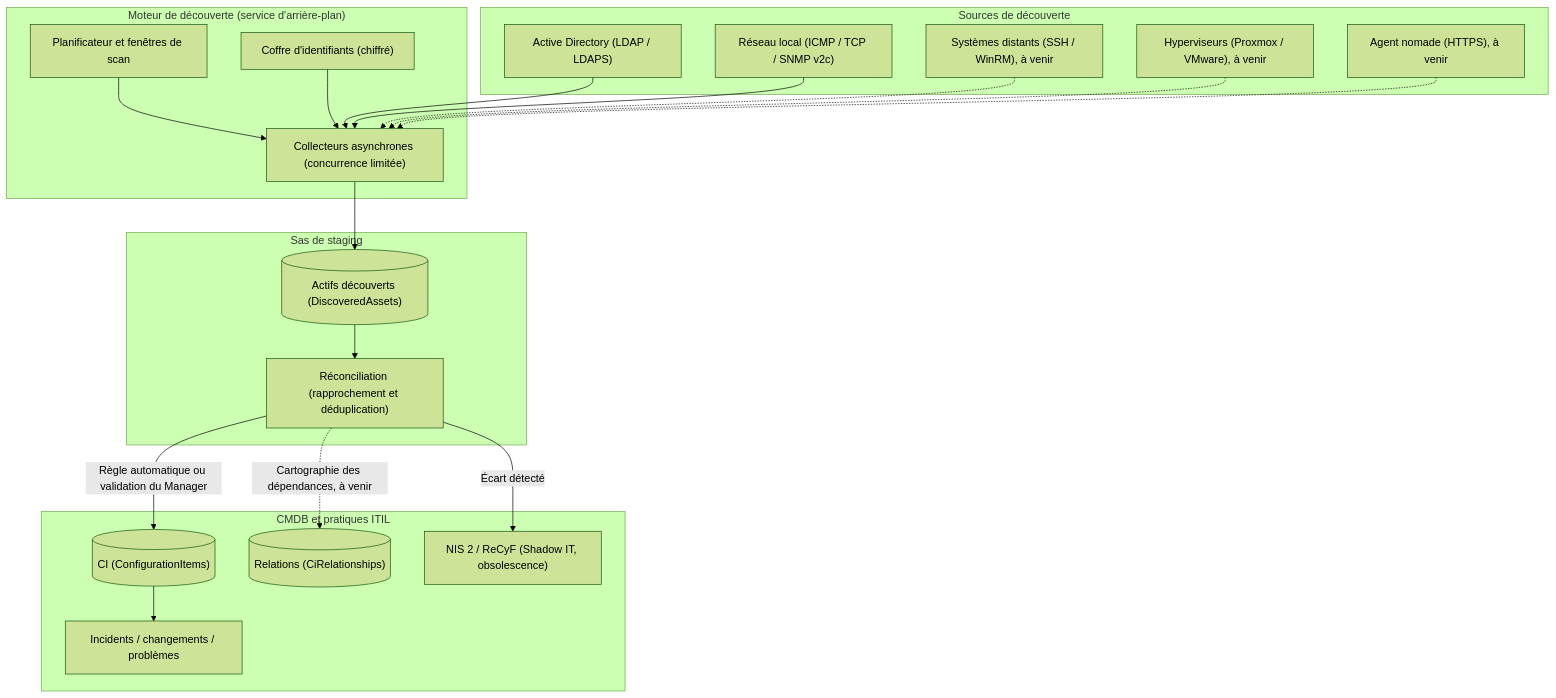
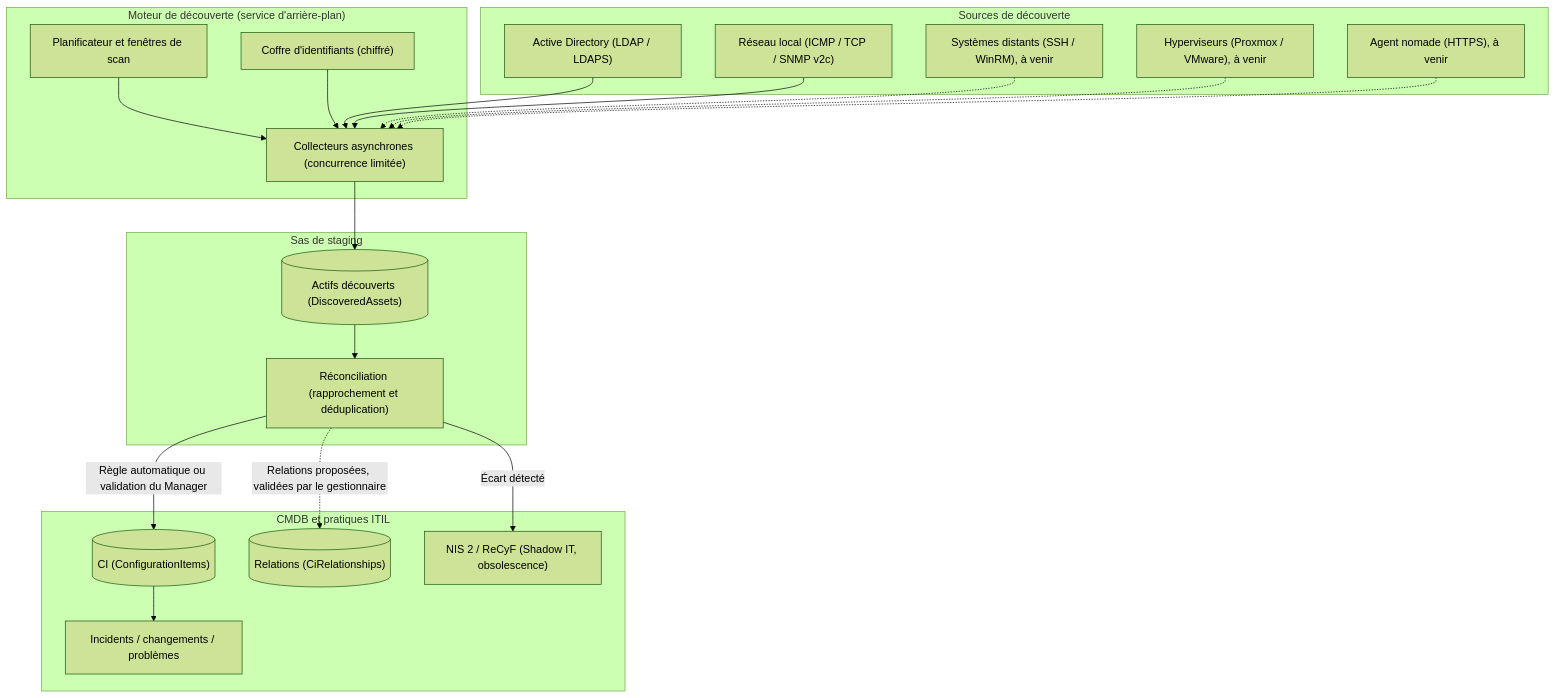
The third of 5 diagrams in docs/reference/processus/gestion-de-la-configuration.md (christian-raj/S-Aloha), drawn with Mermaid (forest theme) before and after one commit. The commit also changed other lines of this file and 29 other files, not shown here.

Commit message:
Découverte : hyperviseurs et relations proposées (CFG-54, CFG-55) (#142)

````diff
--- a/docs/reference/processus/gestion-de-la-configuration.md
+++ b/docs/reference/processus/gestion-de-la-configuration.md
@@ -219,42 +221,42 @@
 ```mermaid
 flowchart TD
     subgraph Sources ["Sources de découverte"]
         AD["Active Directory (LDAP / LDAPS)"]
         NET["Réseau local (ICMP / TCP / SNMP v2c)"]
         SYS["Systèmes distants (SSH / WinRM), à venir"]
         VIRT["Hyperviseurs (Proxmox / VMware), à venir"]
         AGT["Agent nomade (HTTPS), à venir"]
     end
 
     subgraph Engine ["Moteur de découverte (service d'arrière-plan)"]
         SCHED["Planificateur et fenêtres de scan"]
         VAULT["Coffre d'identifiants (chiffré)"]
         WORKER["Collecteurs asynchrones (concurrence limitée)"]
         SCHED --> WORKER
         VAULT --> WORKER
     end
 
     AD --> WORKER
     NET --> WORKER
     SYS -.-> WORKER
     VIRT -.-> WORKER
     AGT -.-> WORKER
 
     subgraph StagingZone ["Sas de staging"]
         RAW[("Actifs découverts (DiscoveredAssets)")]
         MATCH["Réconciliation (rapprochement et déduplication)"]
         WORKER --> RAW
         RAW --> MATCH
     end
 
     subgraph CMDB ["CMDB et pratiques ITIL"]
         CI[("CI (ConfigurationItems)")]
         REL[("Relations (CiRelationships)")]
         NIS["NIS 2 / ReCyF (Shadow IT, obsolescence)"]
         ITIL["Incidents / changements / problèmes"]
         MATCH -->|"Règle automatique ou validation du Manager"| CI
-        MATCH -.->|"Cartographie des dépendances, à venir"| REL
+        MATCH -.->|"Relations proposées, validées par le gestionnaire"| REL
         MATCH -->|"Écart détecté"| NIS
         CI --> ITIL
     end
 ```
````
